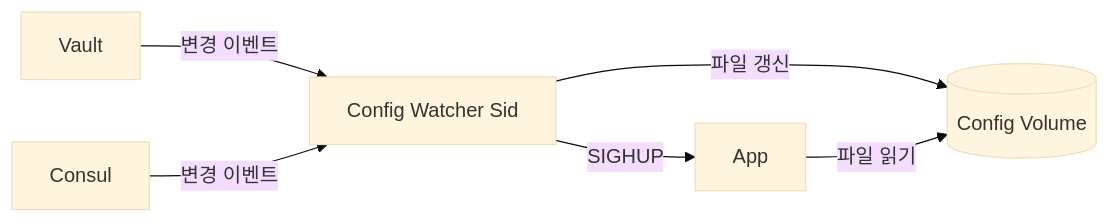
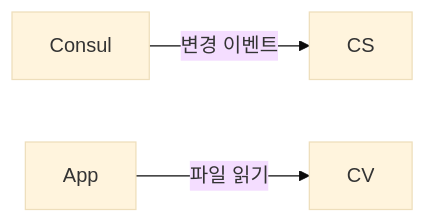
The fourth of 7 diagrams in _posts/architecture/2026-05-02-sidecar-pattern.md (yjkim2015/yjkim2015.github.io), drawn with Mermaid (base theme) before and after one commit. The commit also changed other lines of this file and 132 other files, not shown here.

First line of the commit message:
Mermaid 다이어그램 가독성 정리: 단순 제거, 노드 축소, TD→LR 변환

````diff
--- a/_posts/architecture/2026-05-02-sidecar-pattern.md
+++ b/_posts/architecture/2026-05-02-sidecar-pattern.md
@@ -114,8 +110,5 @@
 ```mermaid
 graph LR
-    Vault["Vault"] -- 변경 이벤트 --> CS["Config Watcher Sid"]
     Consul["Consul"] -- 변경 이벤트 --> CS
-    CS -- 파일 갱신 --> CV[("Config Volume")]
     App["App"] -- 파일 읽기 --> CV
-    CS -- SIGHUP --> App
 ```
````
